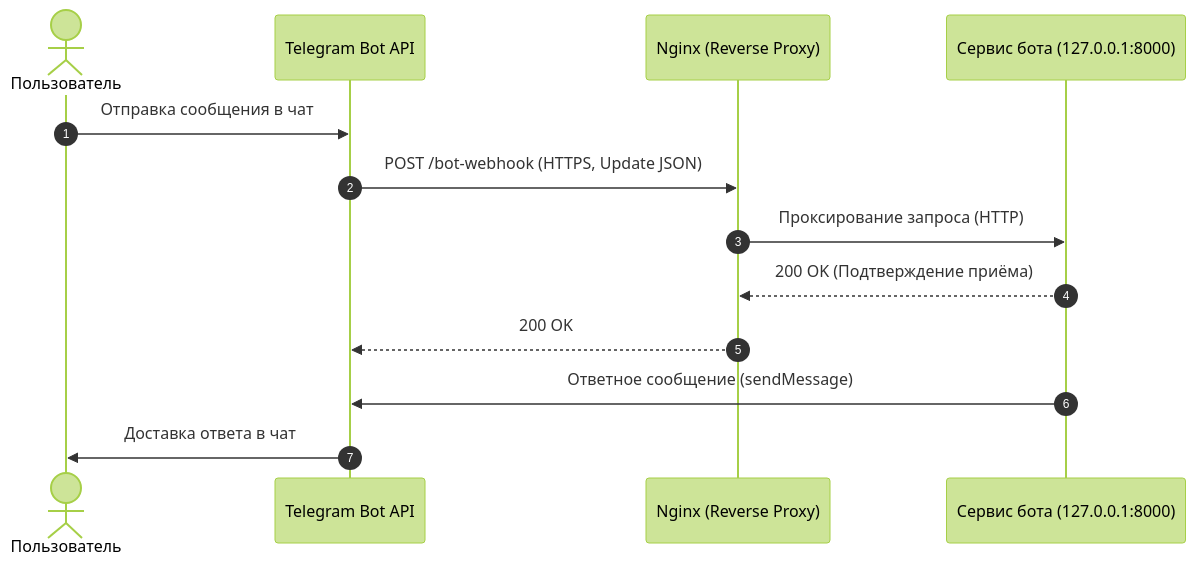
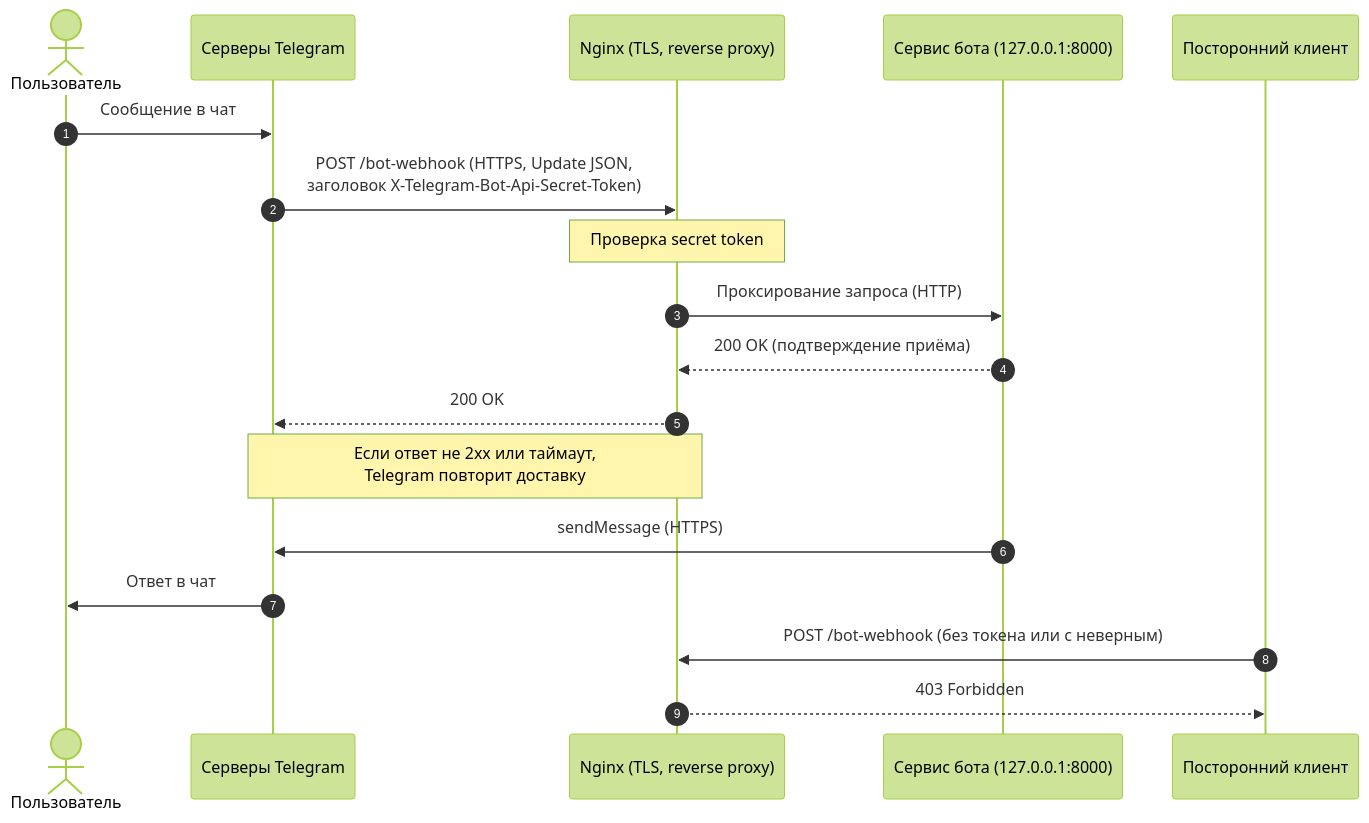
The diagram in docs/index.md (flavrinets-hash/Telegram_OpenAPI), drawn with Mermaid (forest theme) before and after one commit. The commit also changed other lines of this file and 7 other files, not shown here.

Commit message:
Add schemas and glossary

````diff
--- a/docs/index.md
+++ b/docs/index.md
@@ -11,16 +15,22 @@
 ```mermaid
 sequenceDiagram
     autonumber
     actor User as Пользователь
-    participant TG as Telegram Bot API
-    participant Nginx as Nginx (Reverse Proxy)
+    participant TG as Серверы Telegram
+    participant Nginx as Nginx (TLS, reverse proxy)
     participant Bot as Сервис бота (127.0.0.1:8000)
+    participant Ext as Посторонний клиент
 
-    User->>TG: Отправка сообщения в чат
-    TG->>Nginx: POST /bot-webhook (HTTPS, Update JSON)
+    User->>TG: Сообщение в чат
+    TG->>Nginx: POST /bot-webhook (HTTPS, Update JSON,<br/>заголовок X-Telegram-Bot-Api-Secret-Token)
+    Note over Nginx: Проверка secret token
     Nginx->>Bot: Проксирование запроса (HTTP)
-    Bot-->>Nginx: 200 OK (Подтверждение приёма)
+    Bot-->>Nginx: 200 OK (подтверждение приёма)
     Nginx-->>TG: 200 OK
-    Bot->>TG: Ответное сообщение (sendMessage)
-    TG->>User: Доставка ответа в чат
+    Note over TG,Nginx: Если ответ не 2xx или таймаут,<br/>Telegram повторит доставку
+    Bot->>TG: sendMessage (HTTPS)
+    TG->>User: Ответ в чат
+
+    Ext->>Nginx: POST /bot-webhook (без токена или с неверным)
+    Nginx-->>Ext: 403 Forbidden
 ```
````
